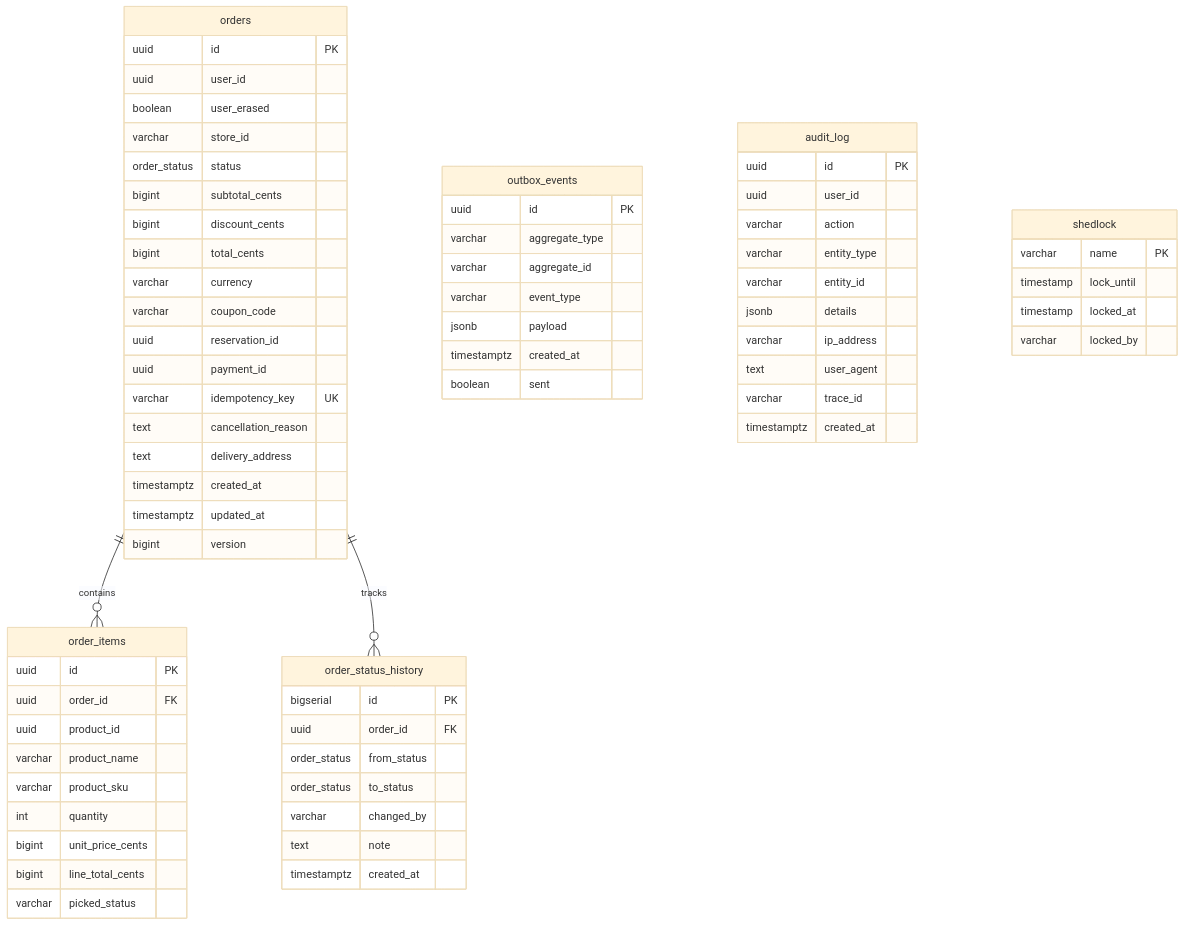
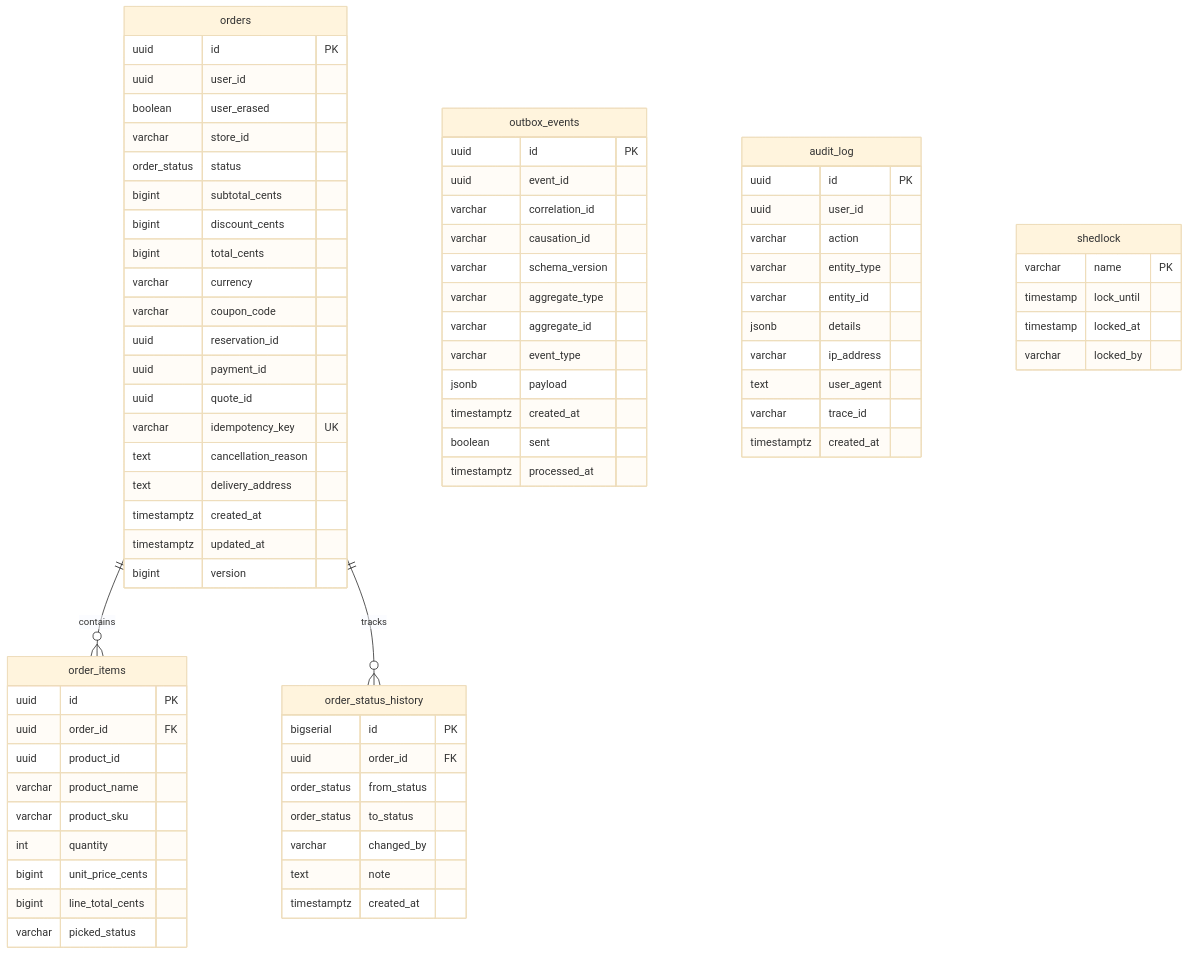
Before and after one commit to sunitakeazycommerz-a11y/InstaCommerce: the seventh of 8 diagrams in services/order-service/README.md, drawn with Mermaid (base theme). The commit also changed other lines of this file and 77 other files, not shown here.

First line of the commit message:
docs: reconcile monorepo architecture, services and runbooks with codebase truth

```diff
--- a/services/order-service/README.md
+++ b/services/order-service/README.md
@@ -540,6 +557,7 @@
         varchar coupon_code
         uuid reservation_id
         uuid payment_id
+        uuid quote_id
         varchar idempotency_key UK
         text cancellation_reason
         text delivery_address
@@ -572,12 +590,17 @@
 
     outbox_events {
         uuid id PK
+        uuid event_id
+        varchar correlation_id
+        varchar causation_id
+        varchar schema_version
         varchar aggregate_type
         varchar aggregate_id
         varchar event_type
         jsonb payload
         timestamptz created_at
         boolean sent
+        timestamptz processed_at
     }
 
     audit_log {
```
